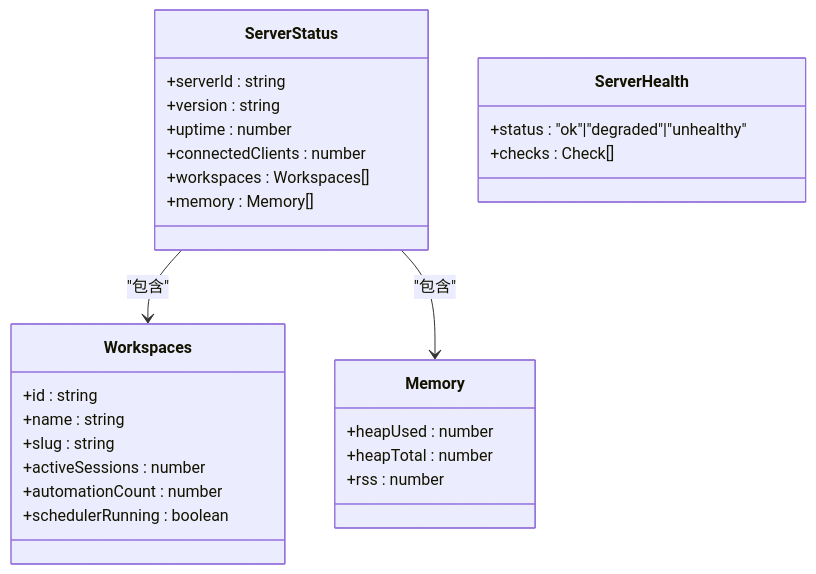
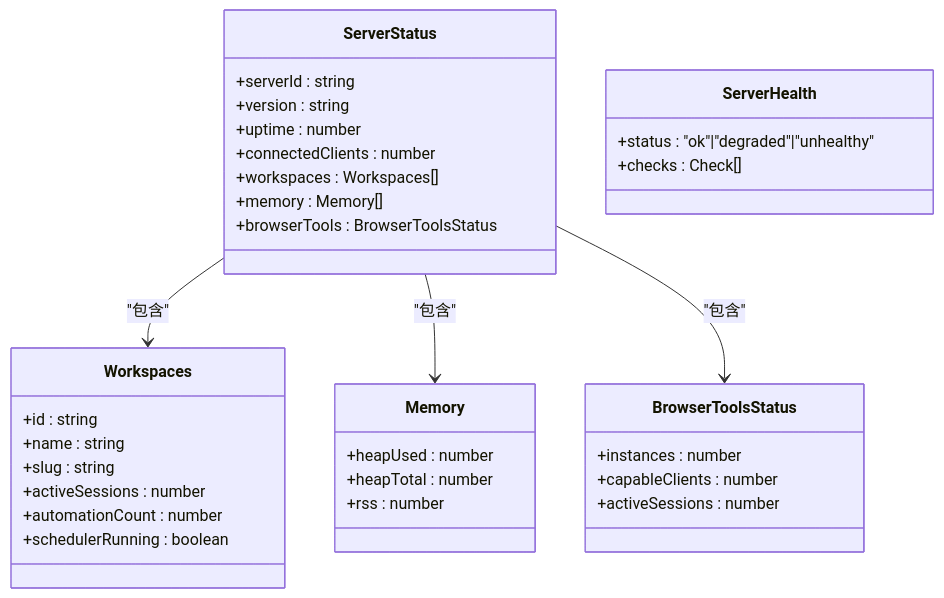
One commit to haolange/craft-agents-oss changed the tenth of 11 diagrams in .qoder/repowiki/zh/content/服务器架构/服务器核心/服务器核心.md. Above: the diagram before and after it, drawn with Mermaid. The commit also changed other lines of this file and 5 other files, not shown here.

````diff
--- a/.qoder/repowiki/zh/content/服务器架构/服务器核心/服务器核心.md
+++ b/.qoder/repowiki/zh/content/服务器架构/服务器核心/服务器核心.md
@@ -348,30 +426,37 @@
 ```mermaid
 classDiagram
 class ServerStatus {
 +serverId : string
 +version : string
 +uptime : number
 +connectedClients : number
 +workspaces : Workspaces[]
 +memory : Memory[]
++browserTools : BrowserToolsStatus
 }
 class ServerHealth {
 +status : "ok"|"degraded"|"unhealthy"
 +checks : Check[]
 }
 class Workspaces {
 +id : string
 +name : string
 +slug : string
 +activeSessions : number
 +automationCount : number
 +schedulerRunning : boolean
 }
 class Memory {
 +heapUsed : number
 +heapTotal : number
 +rss : number
 }
+class BrowserToolsStatus {
++instances : number
++capableClients : number
++activeSessions : number
+}
 ServerStatus --> Workspaces : "包含"
 ServerStatus --> Memory : "包含"
+ServerStatus --> BrowserToolsStatus : "包含"
 ```
````
